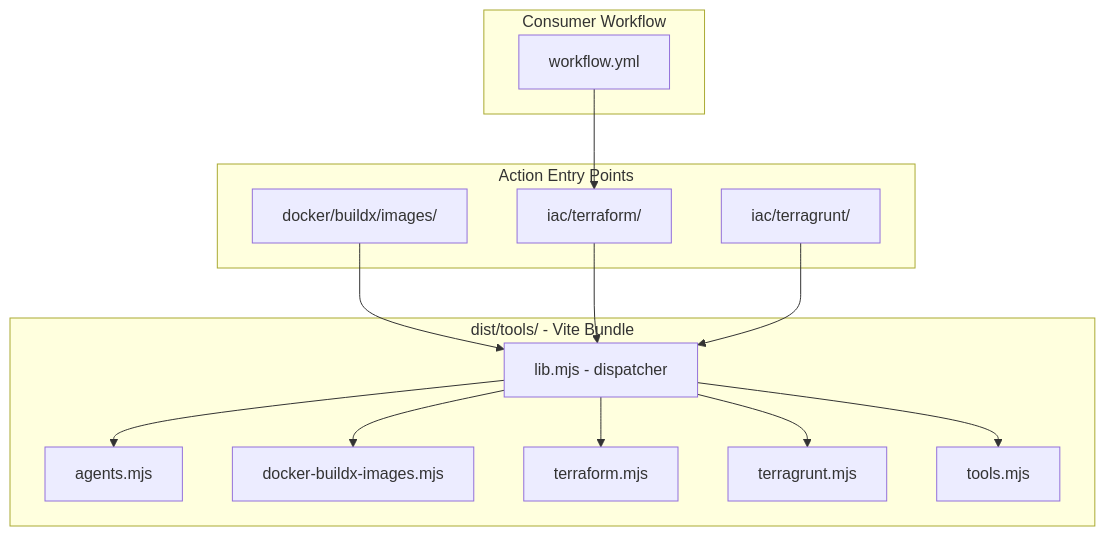
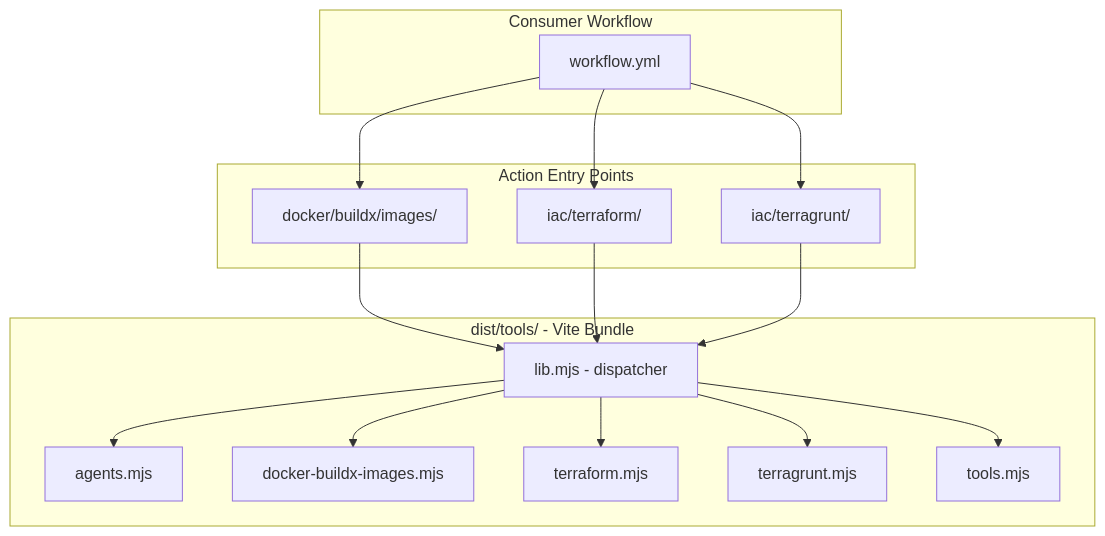
The first of 2 diagrams in README.md (elioetibr/actions), drawn with Mermaid before and after one commit. The commit also changed other lines of this file, not shown here.

First line of the commit message:
docs: fix mermaid diagram rendering in README [skip ci]

````diff
--- a/README.md
+++ b/README.md
@@ -41,31 +44,33 @@
 ```mermaid
 graph TB
   subgraph Consumer["Consumer Workflow"]
     WF["workflow.yml"]
   end
 
   subgraph Actions["Action Entry Points"]
     A1["docker/buildx/images/"]
     A2["iac/terraform/"]
     A3["iac/terragrunt/"]
   end
 
   subgraph Dist["dist/tools/ - Vite Bundle"]
     LIB["lib.mjs - dispatcher"]
     C1["agents.mjs"]
     C2["docker-buildx-images.mjs"]
     C3["terraform.mjs"]
     C4["terragrunt.mjs"]
     C5["tools.mjs"]
   end
 
+  WF --> A1
   WF --> A2
+  WF --> A3
   A1 --> LIB
   A2 --> LIB
   A3 --> LIB
   LIB --> C1
   LIB --> C2
   LIB --> C3
   LIB --> C4
   LIB --> C5
 ```
````
